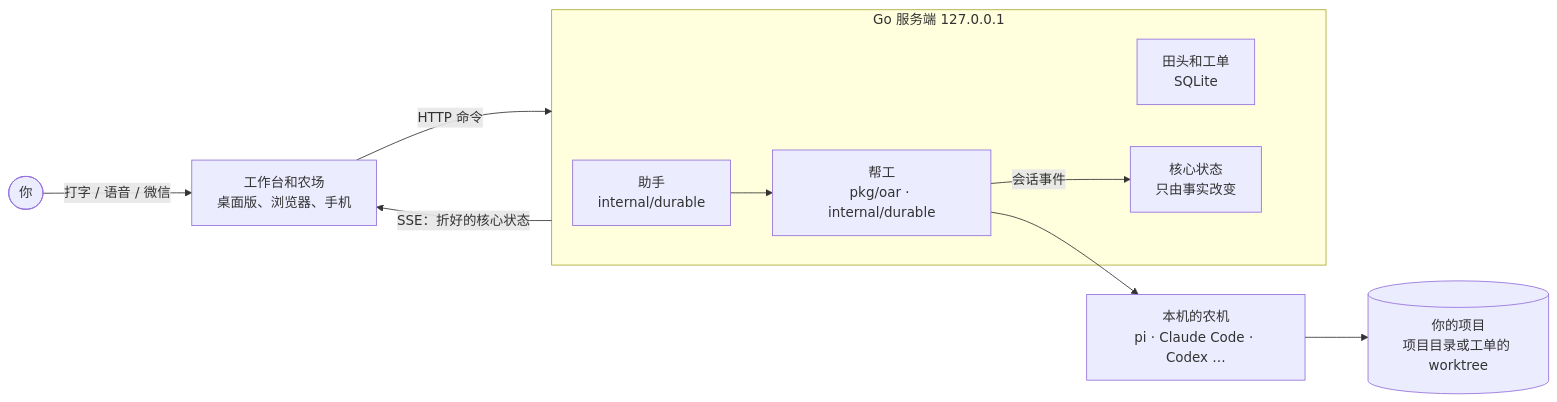
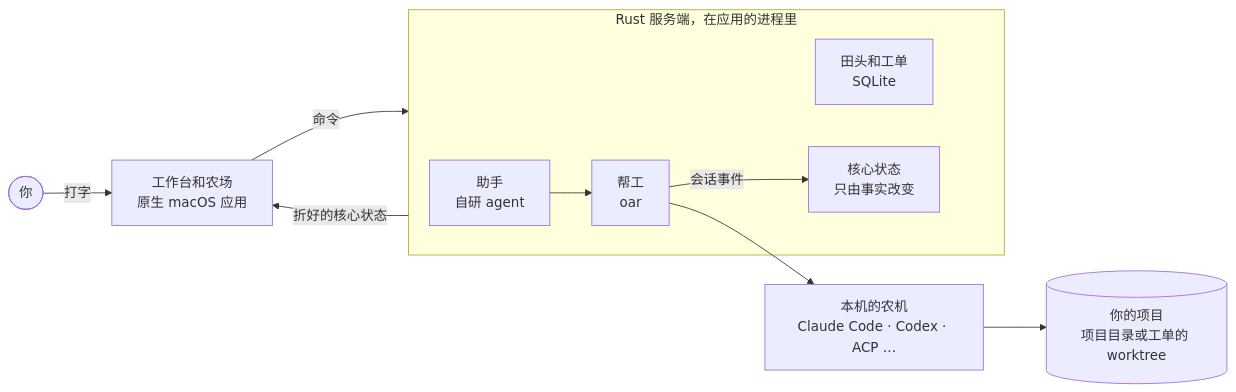
The diagram in README.md (vibevalleyhq/vibevalley), drawn with Mermaid before and after one commit. The commit also changed other lines of this file and 3457 other files, not shown here.

First line of the commit message:
The macOS workspace and CLI run the native Rust platform

````diff
--- a/README.md
+++ b/README.md
@@ -28,16 +28,16 @@
 ```mermaid
 flowchart LR
-  you([你]) -- 打字 / 语音 / 微信 --> app[工作台和农场<br/>桌面版、浏览器、手机]
-  app -- HTTP 命令 --> server
-  server -- SSE：折好的核心状态 --> app
-  subgraph server[Go 服务端 127.0.0.1]
-    manager[助手<br/>internal/durable]
+  you([你]) -- 打字 --> app[工作台和农场<br/>原生 macOS 应用]
+  app -- 命令 --> server
+  server -- 折好的核心状态 --> app
+  subgraph server[Rust 服务端，在应用的进程里]
+    manager[助手<br/>自研 agent]
     chat[田头和工单<br/>SQLite]
     site[核心状态<br/>只由事实改变]
-    sessions[帮工<br/>pkg/oar · internal/durable]
+    sessions[帮工<br/>oar]
   end
   manager --> sessions
   sessions -- 会话事件 --> site
-  sessions --> rt[本机的农机<br/>pi · Claude Code · Codex …]
+  sessions --> rt[本机的农机<br/>Claude Code · Codex · ACP …]
   rt --> repo[(你的项目<br/>项目目录或工单的 worktree)]
 ```
````
